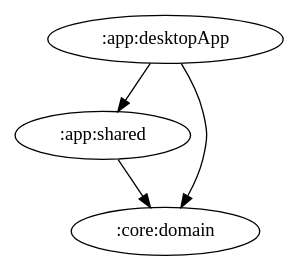
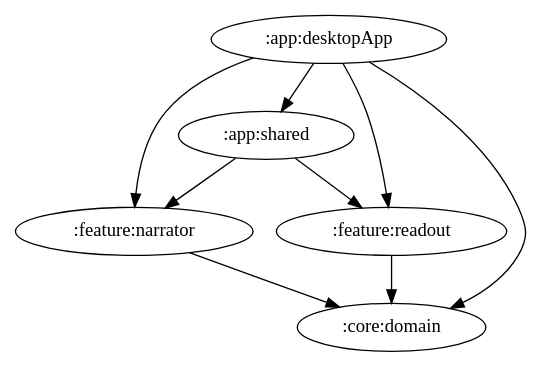
Before and after one commit to ai-kurou/KoDriver: the diagram in docs/graphs/app-desktopApp.gv, drawn with Graphviz. The commit also changed 17 other files, not shown here.

Commit message:
chore: update module graph images [skip ci]

```diff
--- a/docs/graphs/app-desktopApp.gv
+++ b/docs/graphs/app-desktopApp.gv
@@ -1,5 +1,10 @@
 digraph G {
   ":app:desktopApp" -> ":app:shared"
   ":app:desktopApp" -> ":core:domain"
-  ":app:shared" -> ":core:domain"
+  ":app:desktopApp" -> ":feature:narrator"
+  ":app:desktopApp" -> ":feature:readout"
+  ":app:shared" -> ":feature:narrator"
+  ":app:shared" -> ":feature:readout"
+  ":feature:narrator" -> ":core:domain"
+  ":feature:readout" -> ":core:domain"
 }
```
